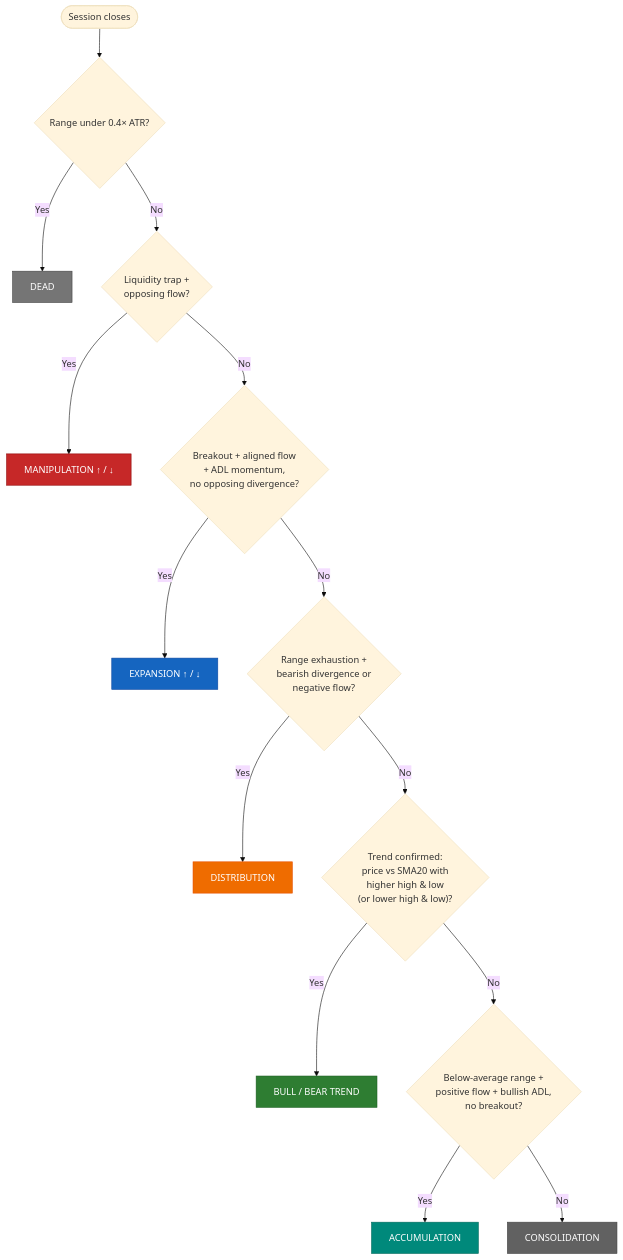
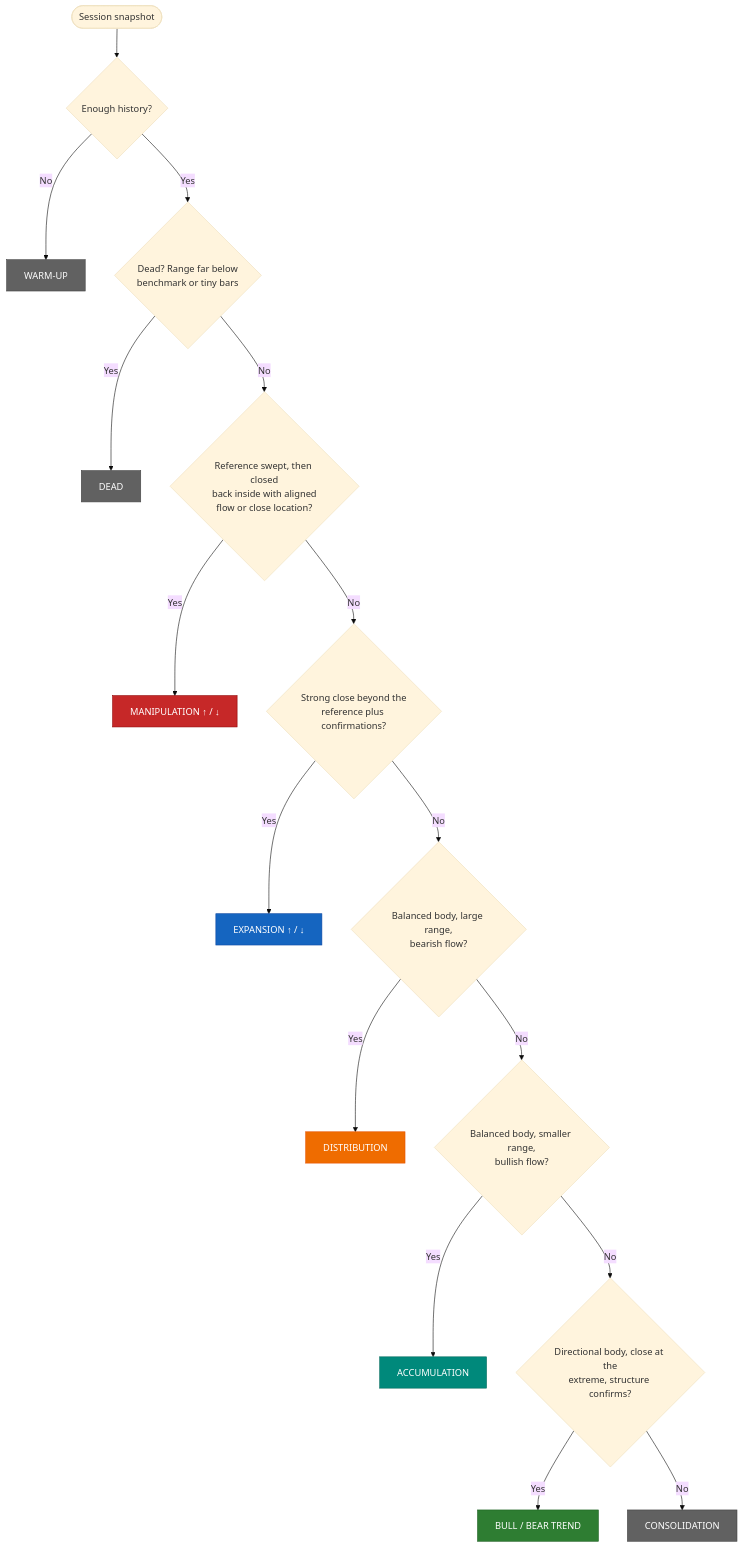
The third of 3 diagrams in README.md (Arpan01574/Multi-Session-Liquidity-Indicator), drawn with Mermaid (base theme) before and after one commit. The commit also changed other lines of this file, not shown here.

````diff
--- a/README.md
+++ b/README.md
@@ -132,32 +257,31 @@
 ```mermaid
 flowchart TD
-    Start(["Session closes"]) --> Q1{"Range under 0.4× ATR?"}
-    Q1 -->|Yes| R_DEAD["DEAD"]
-    Q1 -->|No| Q2{"Liquidity trap +<br/>opposing flow?"}
-    Q2 -->|Yes| R_MANIP["MANIPULATION ↑ / ↓"]
-    Q2 -->|No| Q3{"Breakout + aligned flow<br/>+ ADL momentum,<br/>no opposing divergence?"}
-    Q3 -->|Yes| R_EXP["EXPANSION ↑ / ↓"]
-    Q3 -->|No| Q4{"Range exhaustion +<br/>bearish divergence or<br/>negative flow?"}
-    Q4 -->|Yes| R_DIST["DISTRIBUTION"]
-    Q4 -->|No| Q5{"Trend confirmed:<br/>price vs SMA20 with<br/>higher high & low<br/>(or lower high & low)?"}
-    Q5 -->|Yes| R_TREND["BULL / BEAR TREND"]
-    Q5 -->|No| Q6{"Below-average range +<br/>positive flow + bullish ADL,<br/>no breakout?"}
-    Q6 -->|Yes| R_ACC["ACCUMULATION"]
-    Q6 -->|No| R_CONS["CONSOLIDATION"]
+    S(["Session snapshot"]) --> Q0{"Enough history?"}
+    Q0 -->|"No"| R0["WARM-UP"]
+    Q0 -->|"Yes"| Q1{"Dead? Range far below<br/>benchmark or tiny bars"}
+    Q1 -->|"Yes"| R1["DEAD"]
+    Q1 -->|"No"| Q2{"Reference swept, then closed<br/>back inside with aligned<br/>flow or close location?"}
+    Q2 -->|"Yes"| R2["MANIPULATION ↑ / ↓"]
+    Q2 -->|"No"| Q3{"Strong close beyond the<br/>reference plus confirmations?"}
+    Q3 -->|"Yes"| R3["EXPANSION ↑ / ↓"]
+    Q3 -->|"No"| Q4{"Balanced body, large range,<br/>bearish flow?"}
+    Q4 -->|"Yes"| R4["DISTRIBUTION"]
+    Q4 -->|"No"| Q5{"Balanced body, smaller range,<br/>bullish flow?"}
+    Q5 -->|"Yes"| R5["ACCUMULATION"]
+    Q5 -->|"No"| Q6{"Directional body, close at the<br/>extreme, structure confirms?"}
+    Q6 -->|"Yes"| R6["BULL / BEAR TREND"]
+    Q6 -->|"No"| R7["CONSOLIDATION"]
 
-    classDef dead fill:#757575,stroke:#424242,color:#ffffff
+    classDef neutral fill:#616161,stroke:#424242,color:#ffffff
     classDef manip fill:#c62828,stroke:#8e0000,color:#ffffff
     classDef exp fill:#1565c0,stroke:#0d47a1,color:#ffffff
     classDef dist fill:#ef6c00,stroke:#e65100,color:#ffffff
+    classDef acc fill:#00897b,stroke:#00695c,color:#ffffff
     classDef trend fill:#2e7d32,stroke:#1b5e20,color:#ffffff
-    classDef acc fill:#00897b,stroke:#00695c,color:#ffffff
-    classDef cons fill:#616161,stroke:#424242,color:#ffffff
-
-    class R_DEAD dead
-    class R_MANIP manip
-    class R_EXP exp
-    class R_DIST dist
-    class R_TREND trend
-    class R_ACC acc
-    class R_CONS cons
+    class R0,R1,R7 neutral
+    class R2 manip
+    class R3 exp
+    class R4 dist
+    class R5 acc
+    class R6 trend
 ```
````
